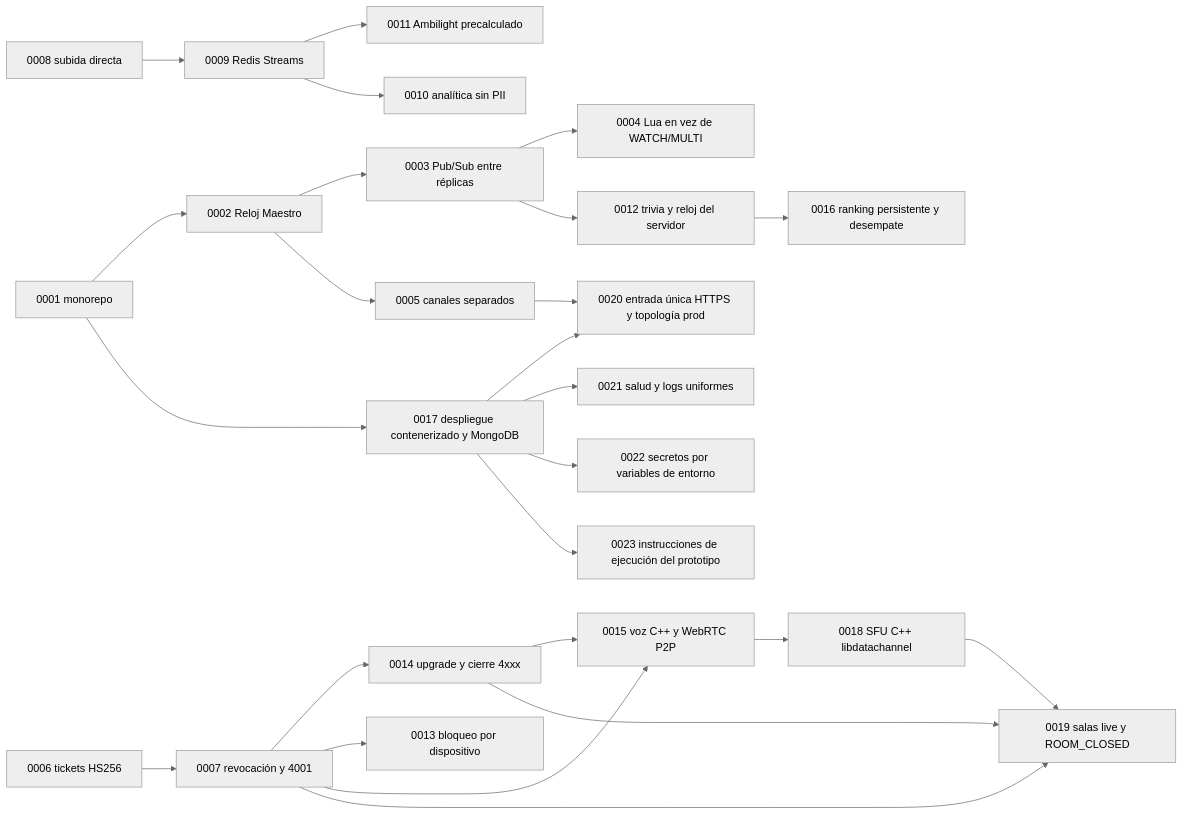
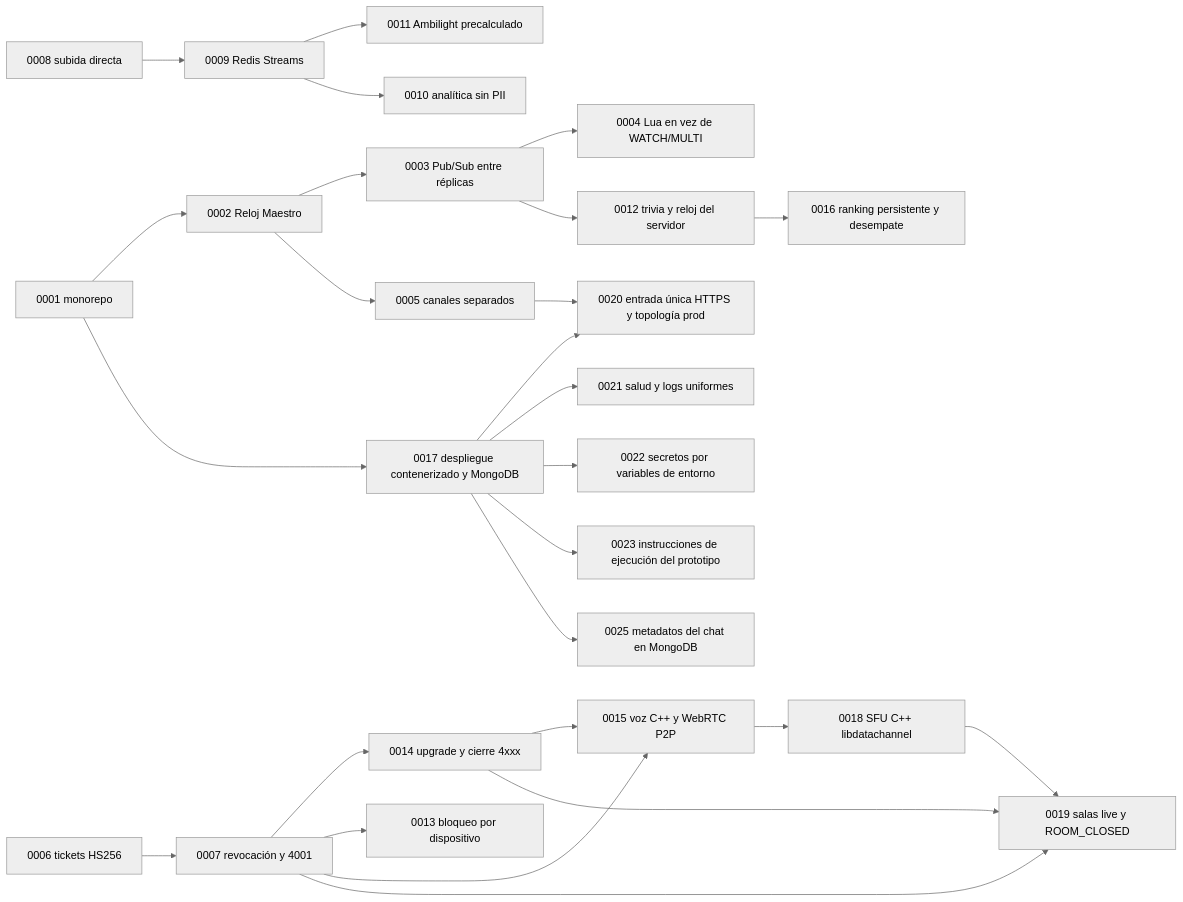
One commit to TINTOrganization/TINT changed the diagram in docs/adr/README.md. Above: the diagram before and after it, drawn with Mermaid (neutral theme). The commit also changed other lines of this file and 16 other files, not shown here.

First line of the commit message:
feat(social-core): store chat metadata in MongoDB without the message text

````diff
--- a/docs/adr/README.md
+++ b/docs/adr/README.md
@@ -35,27 +36,28 @@
 ```mermaid
 flowchart LR
     A1["0001 monorepo"] --> A2["0002 Reloj Maestro"]
     A2 --> A3["0003 Pub/Sub entre réplicas"]
     A3 --> A4["0004 Lua en vez de WATCH/MULTI"]
     A2 --> A5["0005 canales separados"]
     A6["0006 tickets HS256"] --> A7["0007 revocación y 4001"]
     A7 --> A14["0014 upgrade y cierre 4xxx"]
     A7 --> A13["0013 bloqueo por dispositivo"]
     A7 --> A15["0015 voz C++ y WebRTC P2P"]
     A14 --> A15
     A8["0008 subida directa"] --> A9["0009 Redis Streams"]
     A9 --> A11["0011 Ambilight precalculado"]
     A9 --> A10["0010 analítica sin PII"]
     A3 --> A12["0012 trivia y reloj del servidor"]
     A12 --> A16["0016 ranking persistente y desempate"]
     A1 --> A17["0017 despliegue contenerizado y MongoDB"]
     A15 --> A18["0018 SFU C++ libdatachannel"]
     A7 --> A19["0019 salas live y ROOM_CLOSED"]
     A14 --> A19
     A18 --> A19
     A17 --> A20["0020 entrada única HTTPS y topología prod"]
     A5 --> A20
     A17 --> A21["0021 salud y logs uniformes"]
     A17 --> A22["0022 secretos por variables de entorno"]
     A17 --> A23["0023 instrucciones de ejecución del prototipo"]
+    A17 --> A25["0025 metadatos del chat en MongoDB"]
 ```
````
